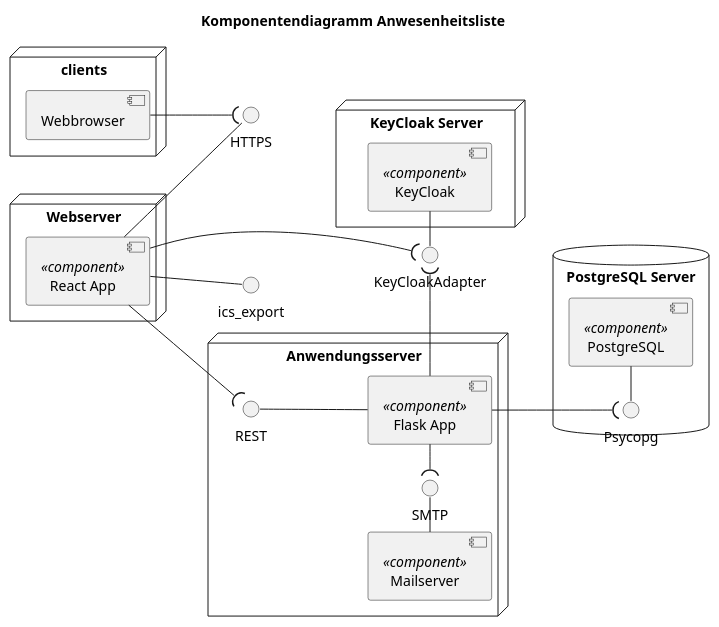
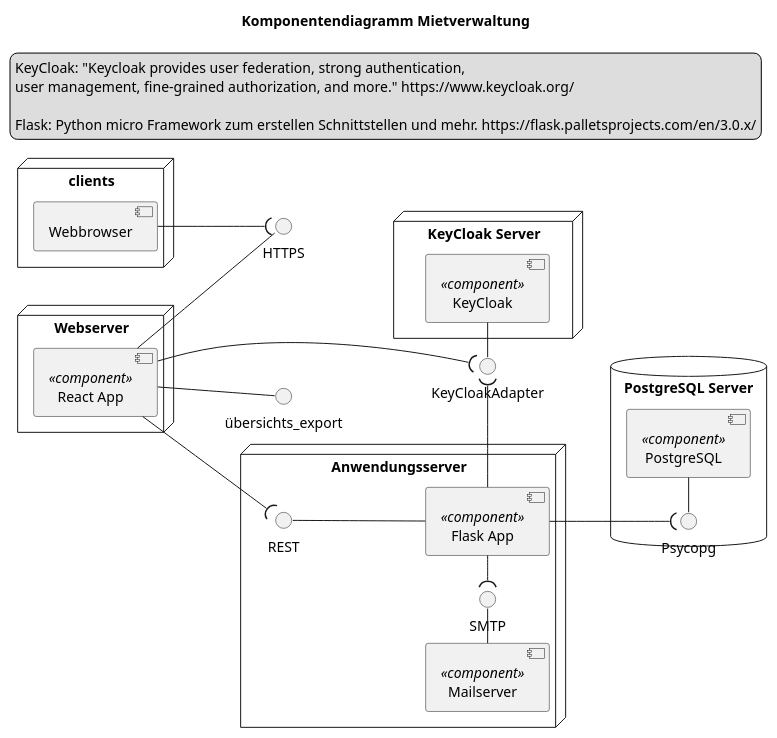
Before and after one commit to The8Monkey/Moderne-Softwareentwicklung: the diagram in uml/komponenten.wsd, drawn with PlantUML. The commit also changed 1 other file, not shown here.

Commit message:
Mietverwaltung Klassen und Komponenten v1.0

```diff
--- a/uml/komponenten.wsd
+++ b/uml/komponenten.wsd
@@ -1,42 +1,48 @@
 @startuml
 title
-Komponentendiagramm Anwesenheitsliste
+Komponentendiagramm Mietverwaltung
 end title
 left to right direction
 
+legend top left
+  KeyCloak: "Keycloak provides user federation, strong authentication, 
+  user management, fine-grained authorization, and more." https://www.keycloak.org/
+  
+  Flask: Python micro Framework zum erstellen Schnittstellen und mehr. https://flask.palletsprojects.com/en/3.0.x/
+endlegend
 
 database "PostgreSQL Server" {
     [PostgreSQL]<<component>>
     Psycopg -[PostgreSQL]
 }
 
 node "clients" {
     [Webbrowser]
 }
 
 node "Anwendungsserver"{
     [Flask App]<<component>>
     [Flask App] -up- REST
 
     [Mailserver] <<component>>
     [Mailserver]- SMTP
 }
 
 node "KeyCloak Server"{
     [KeyCloak] <<component>>
 }
 
 node "Webserver" {
     [React App] <<component>>
 }
 
 [React App]-- HTTPS
-[React App]-- ics_export
+[React App]-- übersichts_export
 [Flask App]--( Psycopg
 [Flask App]-left-( SMTP
 [Flask App]-right-( KeyCloakAdapter
 [React App]--( REST
 [Webbrowser]--( HTTPS
 [KeyCloak]-left- KeyCloakAdapter
 [React App]-( KeyCloakAdapter
 @enduml
```
